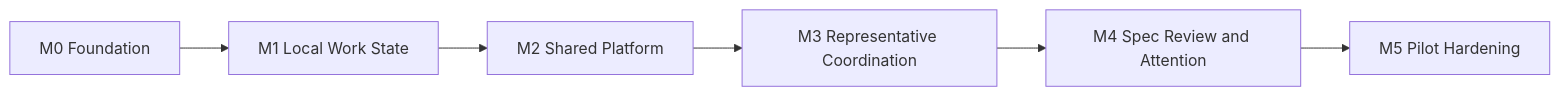
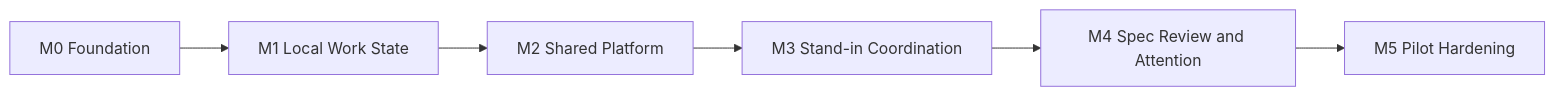
The diagram in docs/plans/2026-07-24-intero-mvp-implementation-plan.md (WatsonHS/intero), drawn with Mermaid before and after one commit. The commit also changed other lines of this file and 233 other files, not shown here.

````diff
--- a/docs/plans/2026-07-24-intero-mvp-implementation-plan.md
+++ b/docs/plans/2026-07-24-intero-mvp-implementation-plan.md
@@ -62,8 +62,8 @@
 ```mermaid
 flowchart LR
     M0["M0 Foundation"] --> M1["M1 Local Work State"]
     M1 --> M2["M2 Shared Platform"]
-    M2 --> M3["M3 Representative Coordination"]
+    M2 --> M3["M3 Stand-in Coordination"]
     M3 --> M4["M4 Spec Review and Attention"]
     M4 --> M5["M5 Pilot Hardening"]
 ```
````
